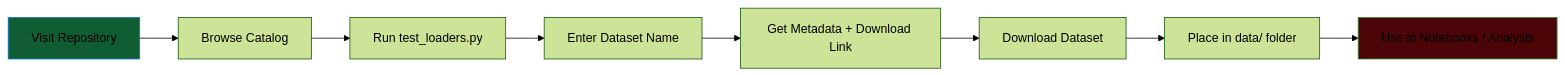
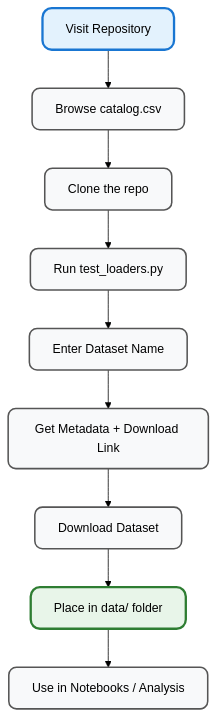
Before and after one commit to emmanuelinioluwanimi-pro/kamp-assembly-data: the second of 2 diagrams in README.md, drawn with Mermaid (forest theme).

Commit message:
Revise flowchart in README for dataset workflow
Updated flowchart to reflect new process for dataset handling.

````diff
--- a/README.md
+++ b/README.md
@@ -89,13 +89,19 @@
 ```mermaid
-flowchart LR
-    A[Visit Repository] --> B[Browse Catalog]
-    B --> C[Run test_loaders.py]
-    C --> D[Enter Dataset Name]
-    D --> E[Get Metadata + Download Link]
-    E --> F[Download Dataset]
-    F --> G[Place in data/ folder]
-    G --> H[Use in Notebooks / Analysis]
+flowchart TD
+    A[Visit Repository] 
+    --> B[Browse catalog.csv]
+    --> C[Clone the repo]
+    --> D[Run test_loaders.py]
+    --> E[Enter Dataset Name]
+    --> F[Get Metadata + Download Link]
+    --> G[Download Dataset]
+    --> H[Place in data/ folder]
+    --> I[Use in Notebooks / Analysis]
 
-    style A fill:#115d33,stroke:#1976d2
-    style H fill:#4c0507,stroke:#388e3c
+    classDef start fill:#e3f2fd,stroke:#1976d2,stroke-width:3px,color:#000000,rx:12,ry:12
+    classDef final fill:#e8f5e9,stroke:#2e7d32,stroke-width:3px,color:#000000,rx:12,ry:12
+    classDef default fill:#f8f9fa,stroke:#555555,stroke-width:2px,color:#000000,rx:10,ry:10
+
+    class A start
+    class H final
 ```
````
